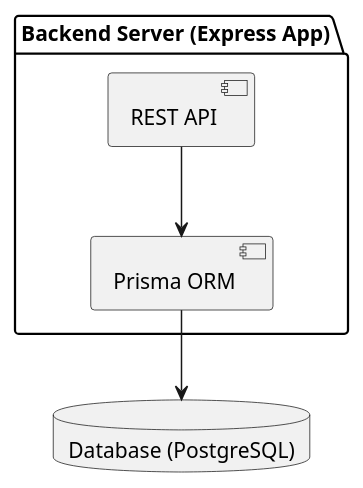
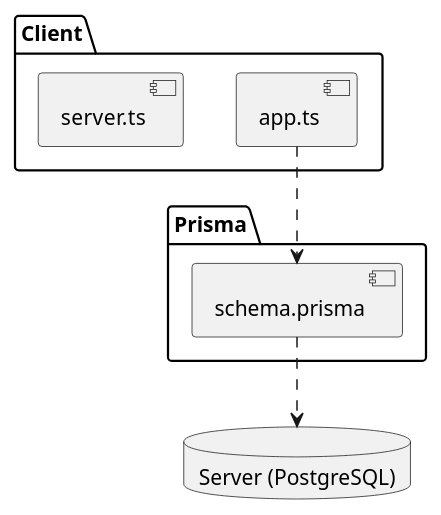
The diagram in docs/UML/component.puml (ThePhobosDeimosSuite/laboratoire-0_log430), drawn with PlantUML before and after one commit. The commit also changed 10 other files, not shown here.

```diff
--- a/docs/UML/component.puml
+++ b/docs/UML/component.puml
@@ -1,10 +1,18 @@
 @startuml component
 
-database "Database (PostgreSQL)" as Database
-
-package "Backend Server (Express App)" {
-    [REST API] --> [Prisma ORM]
-    [Prisma ORM] --> [Database]
+package "Client" {
+    component app.ts
+    component server.ts
 }
 
+package "Prisma" {
+    component schema.prisma
+}
+
+database "Server (PostgreSQL)" as Server
+
+app.ts ..> schema.prisma
+schema.prisma ..> Server
+
+
 @enduml
```
